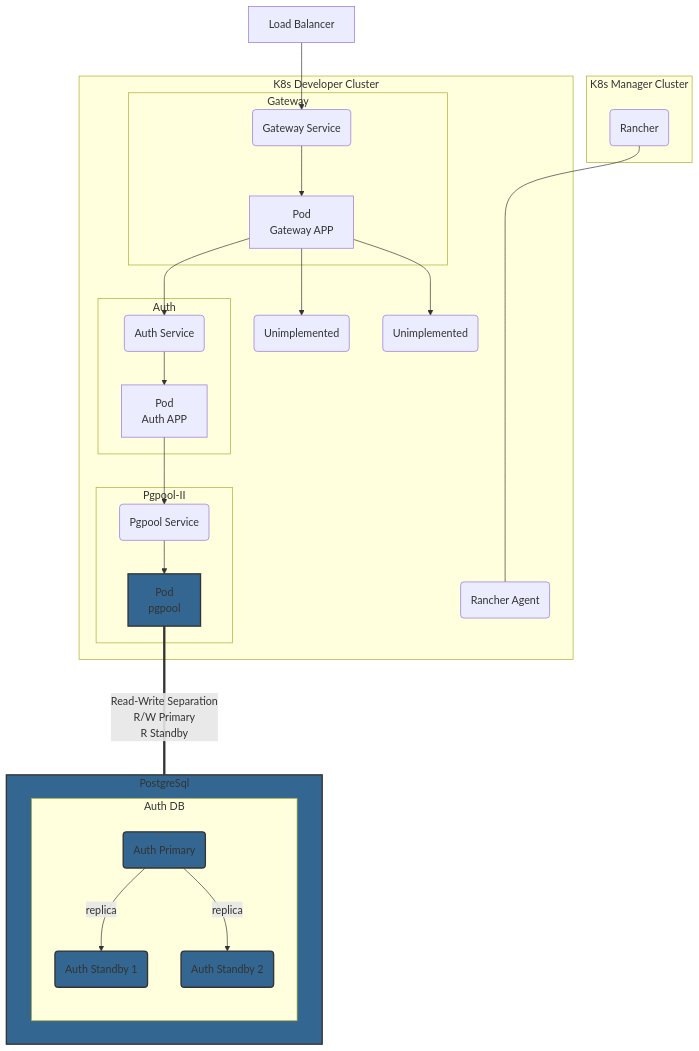
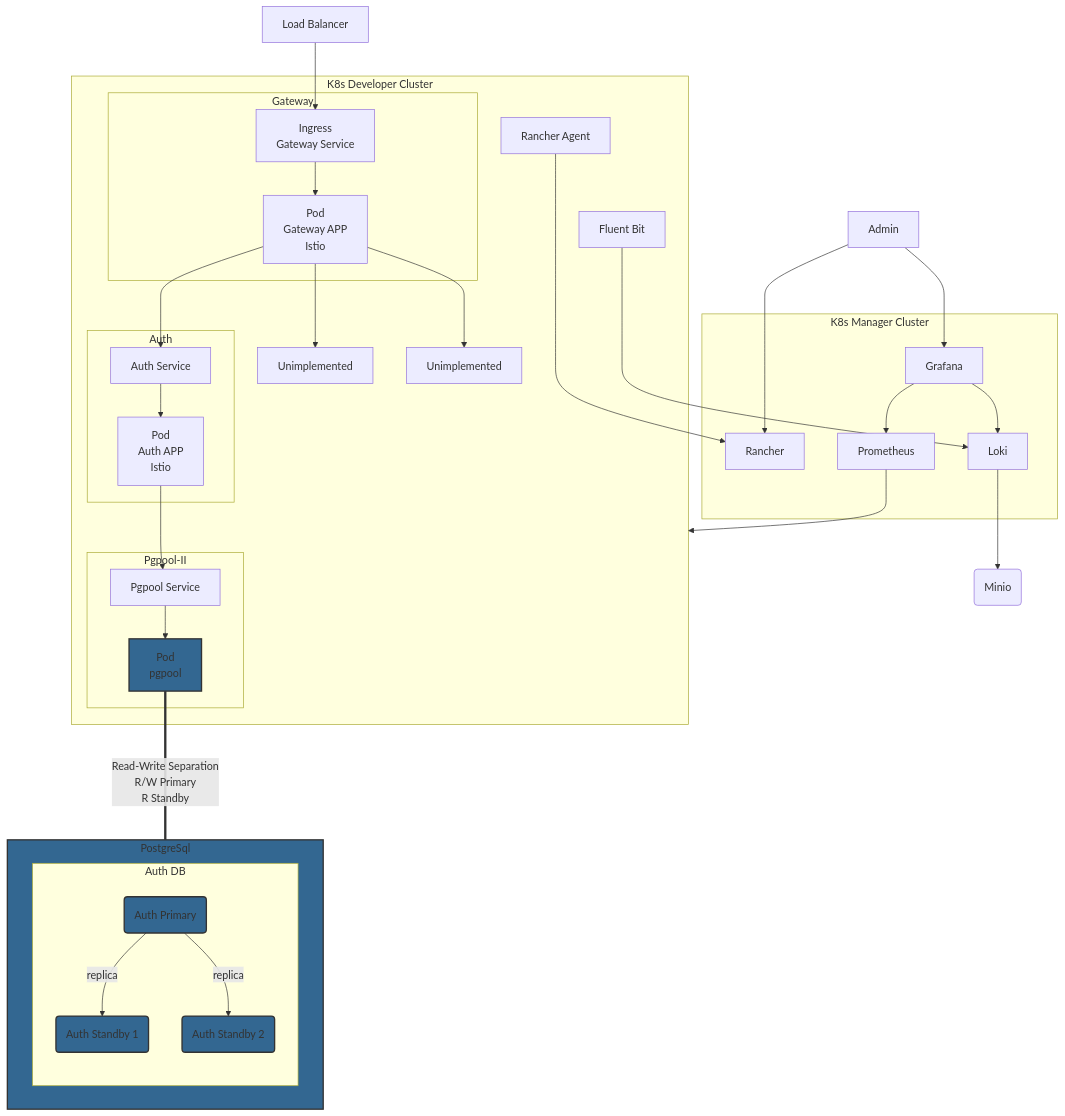
The diagram in README.md (reddtsai/reddservice), drawn with Mermaid before and after one commit. The commit also changed other lines of this file and 1 other file, not shown here.

Commit message:
add fluent bit to collecting logs

````diff
--- a/README.md
+++ b/README.md
@@ -65,51 +49,70 @@
 ```mermaid
 flowchart TB
     classDef db fill:#336791,stroke:#333,stroke-width:2px;
 
-    LB[Load Balancer] --> gatewaySvc
+    lb[Load Balancer]
+    ad[Admin]
+
+    subgraph manCluster["K8s Manager Cluster"]
+        rancher[Rancher]
+        grafana[Grafana]
+        loki[Loki]
+        prometheus[Prometheus]
+    end
 
     subgraph devCluster["K8s Developer Cluster"]
-        rancherA(Rancher Agent)
+        fluentB[Fluent Bit]
+        rancherA[Rancher Agent]
+        orderSvc[Unimplemented]
+        paySvc[Unimplemented]
 
-        gatewayPod --> authSvc(Auth Service)
         subgraph Gateway
-            gatewaySvc(Gateway Service) -->
+            gatewaySvc["Ingress
+            Gateway Service"] -->
             gatewayPod["Pod
-            Gateway APP"]
+            Gateway APP
+            Istio"]
         end
 
         subgraph Auth
-            authSvc -->
+            authSvc[Auth Service] -->
             authPod["Pod
-            Auth APP"]
+            Auth APP
+            Istio"]
         end
-        authPod --> pgpoolSvc
 
         subgraph pgpool["Pgpool-II"]
-            pgpoolSvc(Pgpool Service) -->
+            pgpoolSvc[Pgpool Service] -->
             pgpoolPod["Pod
             pgpool"]:::db
         end
-
-        gatewayPod --> orderSvc(Unimplemented)
-        gatewayPod --> paySvc(Unimplemented)
-    end
-
-    subgraph manCluster["K8s Manager Cluster"]
-        rancher(Rancher) ------- rancherA
     end
 
     subgraph postgreSql["PostgreSql"]
         subgraph Auth DB
-            direction TB
             authP(Auth Primary):::db
             authP --> |replica| authS1(Auth Standby 1):::db
             authP --> |replica| authS2(Auth Standby 2):::db
         end
     end
-    pgpoolPod ==== |"
-    Read-Write Separation
-    R/W Primary
-    R Standby
-    "| postgreSql:::db
+
+ad --> rancher
+ad --> grafana
+lb --> gatewaySvc
+
+grafana --> prometheus --> devCluster
+grafana --> loki --> minio(Minio)
+
+rancherA ----> rancher
+fluentB ---> loki
+
+gatewayPod --> authSvc
+gatewayPod --> orderSvc
+gatewayPod --> paySvc
+authPod --> pgpoolSvc
+
+
+pgpoolPod ==== |"Read-Write Separation
+R/W Primary
+R Standby"| postgreSql:::db
 ```
````
